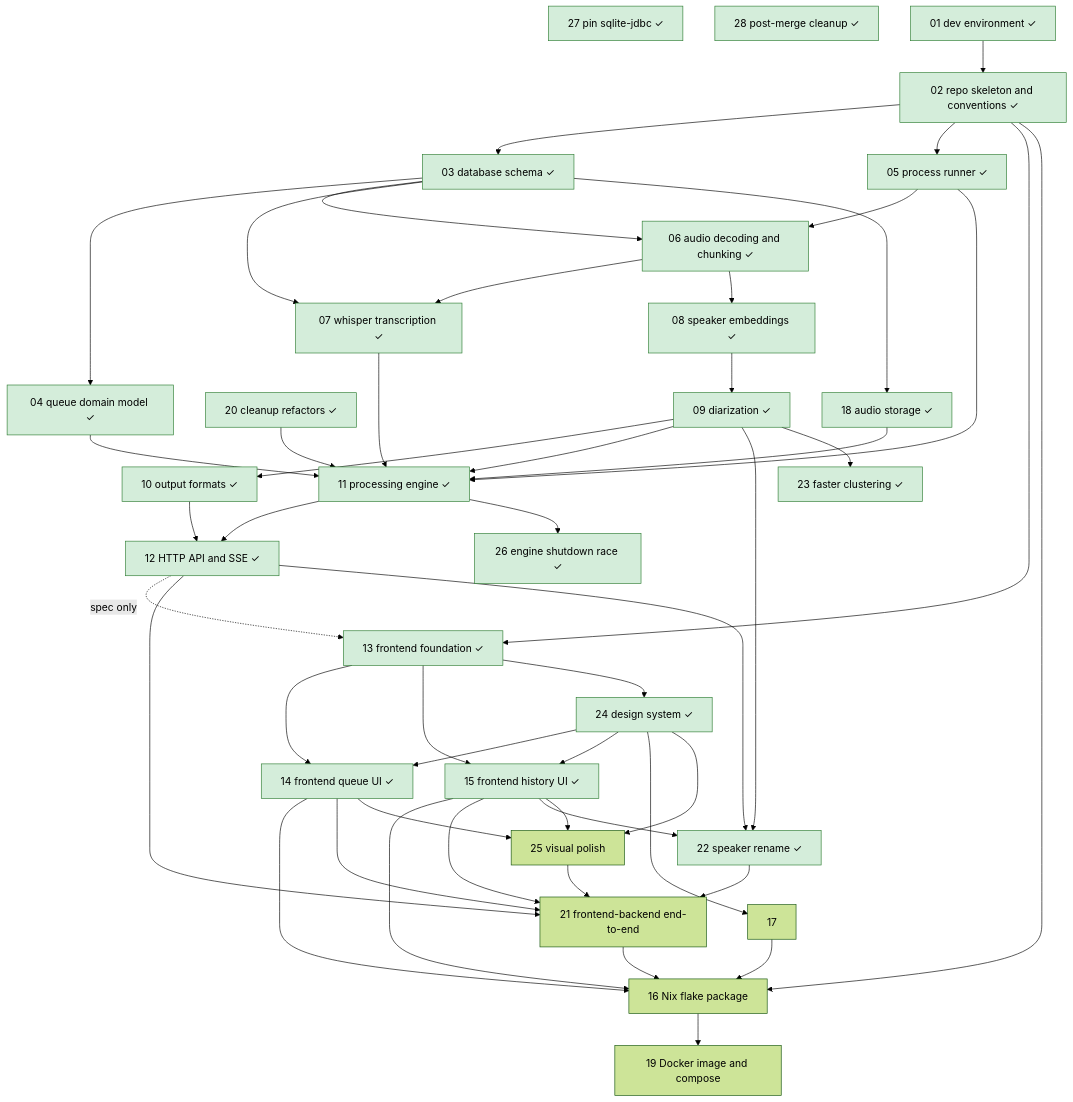
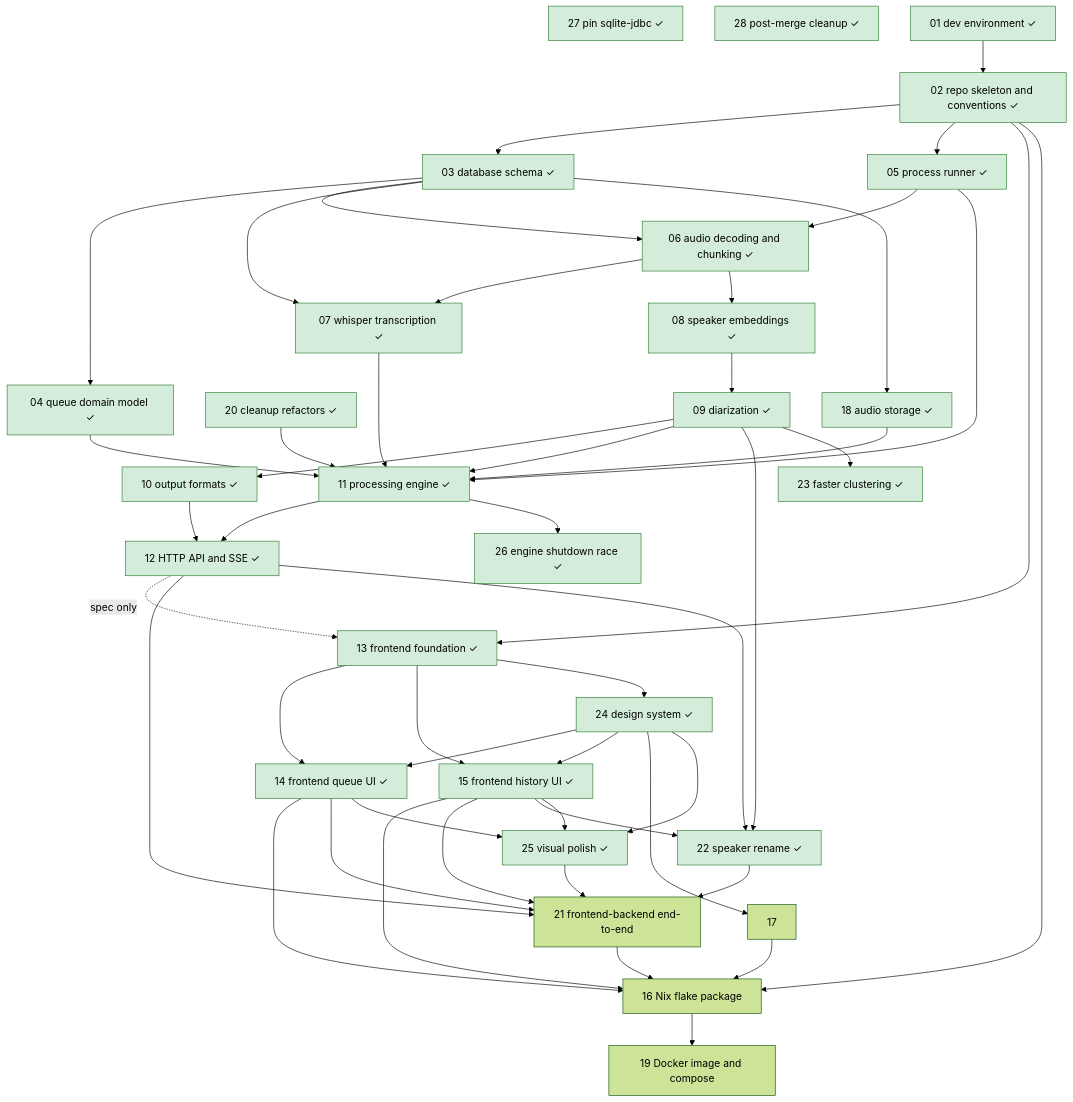
Before and after one commit to lulu-berlin/speech-to-text-app: the diagram in roadmap/README.md, drawn with Mermaid (forest theme). The commit also changed other lines of this file and 2 other files, not shown here.

Commit message:
Complete roadmap item 25: move spec to docs/specs/visual-polish.md

````diff
--- a/roadmap/README.md
+++ b/roadmap/README.md
@@ -17,54 +17,54 @@
 ```mermaid
 graph TD
   01[01 dev environment ✓]:::done --> 02[02 repo skeleton and conventions ✓]:::done
   02 --> 03[03 database schema ✓]:::done
   03 --> 04[04 queue domain model ✓]:::done
   02 --> 05[05 process runner ✓]:::done
   05 --> 06[06 audio decoding and chunking ✓]:::done
   03 --> 06
   06 --> 07[07 whisper transcription ✓]:::done
   03 --> 07
   06 --> 08[08 speaker embeddings ✓]:::done
   08 --> 09[09 diarization ✓]:::done
   09 --> 10[10 output formats ✓]:::done
   04 --> 11[11 processing engine ✓]:::done
   05 --> 11
   07 --> 11
   09 --> 11
   03 --> 18[18 audio storage ✓]:::done
   18 --> 11
   20 --> 11
   11 --> 12[12 HTTP API and SSE ✓]:::done
   10 --> 12
   02 --> 13[13 frontend foundation ✓]:::done
   12 -. spec only .-> 13
   13 --> 14[14 frontend queue UI ✓]:::done
   13 --> 15[15 frontend history UI ✓]:::done
   02 --> 16[16 Nix flake package]
   14 --> 16
   15 --> 16
   17 --> 16
   20[20 cleanup refactors ✓]:::done
   12 --> 21[21 frontend-backend end-to-end]
   14 --> 21
   15 --> 21
   22 --> 21
   25 --> 21
   16 --> 19[19 Docker image and compose]
   21 --> 16
   09 --> 22[22 speaker rename ✓]:::done
   12 --> 22
   15 --> 22
   09 --> 23[23 faster clustering ✓]:::done
   13 --> 24[24 design system ✓]:::done
   24 --> 14
   24 --> 15
   24 --> 17
-  24 --> 25[25 visual polish]
+  24 --> 25[25 visual polish ✓]:::done
   14 --> 25
   15 --> 25
   11 --> 26[26 engine shutdown race ✓]:::done
   27[27 pin sqlite-jdbc ✓]:::done
   28[28 post-merge cleanup ✓]:::done
   classDef done fill:#d4edda,stroke:#2e7d32
 ```
````
